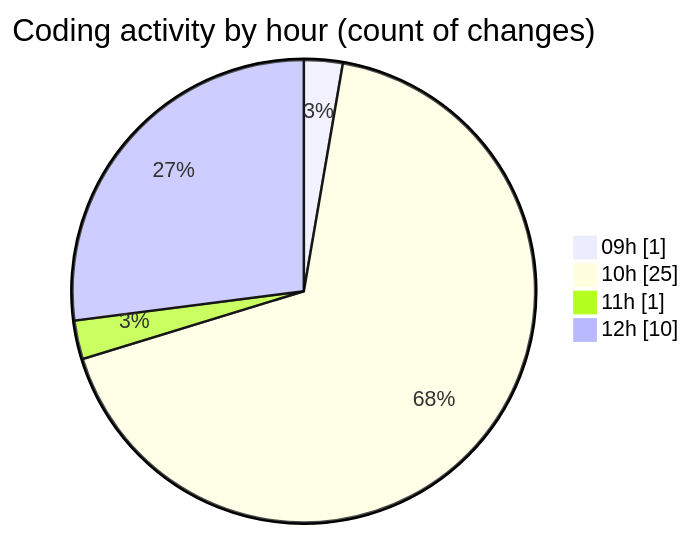
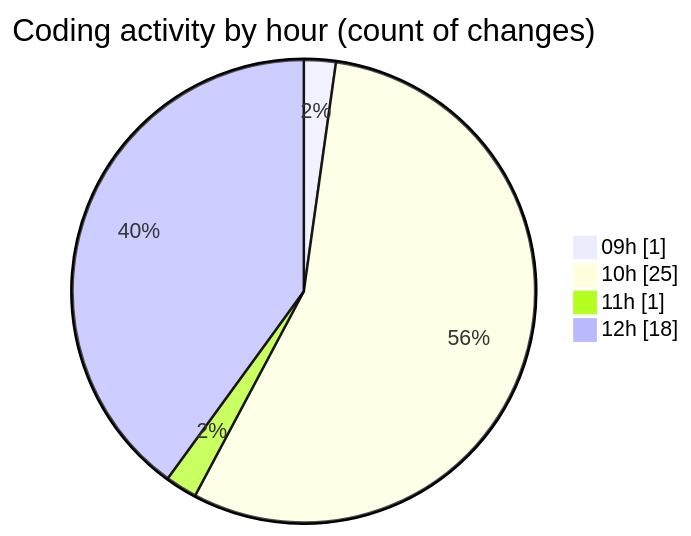
Before and after one commit to momahboobian/code-tracking: the second of 2 diagrams in 2026-04-15/cda/README.md, drawn with Mermaid. The commit also changed other lines of this file and 1 other file, not shown here.

````diff
--- a/2026-04-15/cda/README.md
+++ b/2026-04-15/cda/README.md
@@ -39,8 +40,8 @@
 ```mermaid
 pie showData
 title Coding activity by hour (count of changes)
 "09h" : 1
 "10h" : 25
 "11h" : 1
-"12h" : 10
+"12h" : 18
 ```
````
